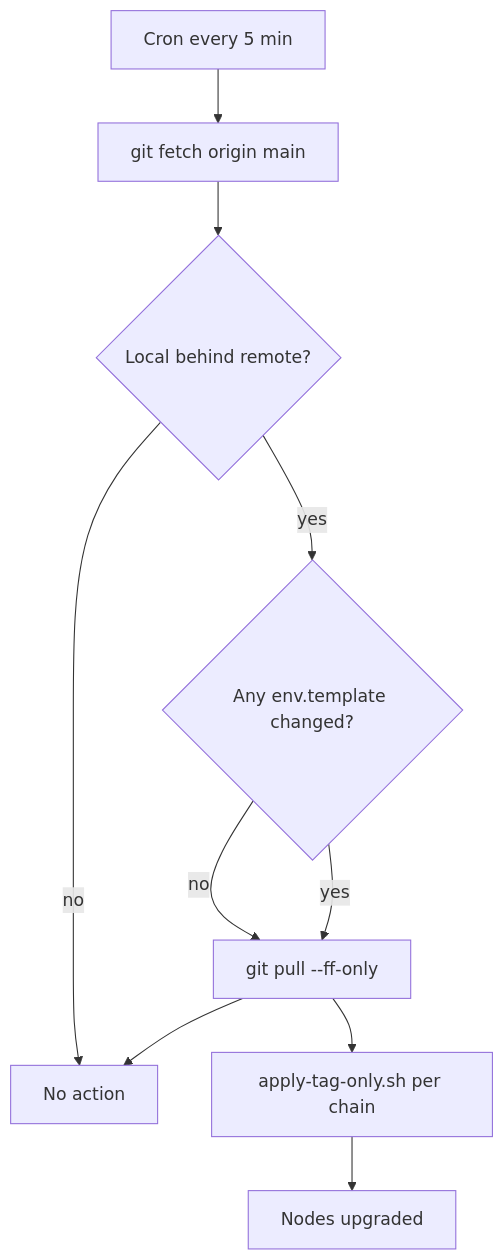
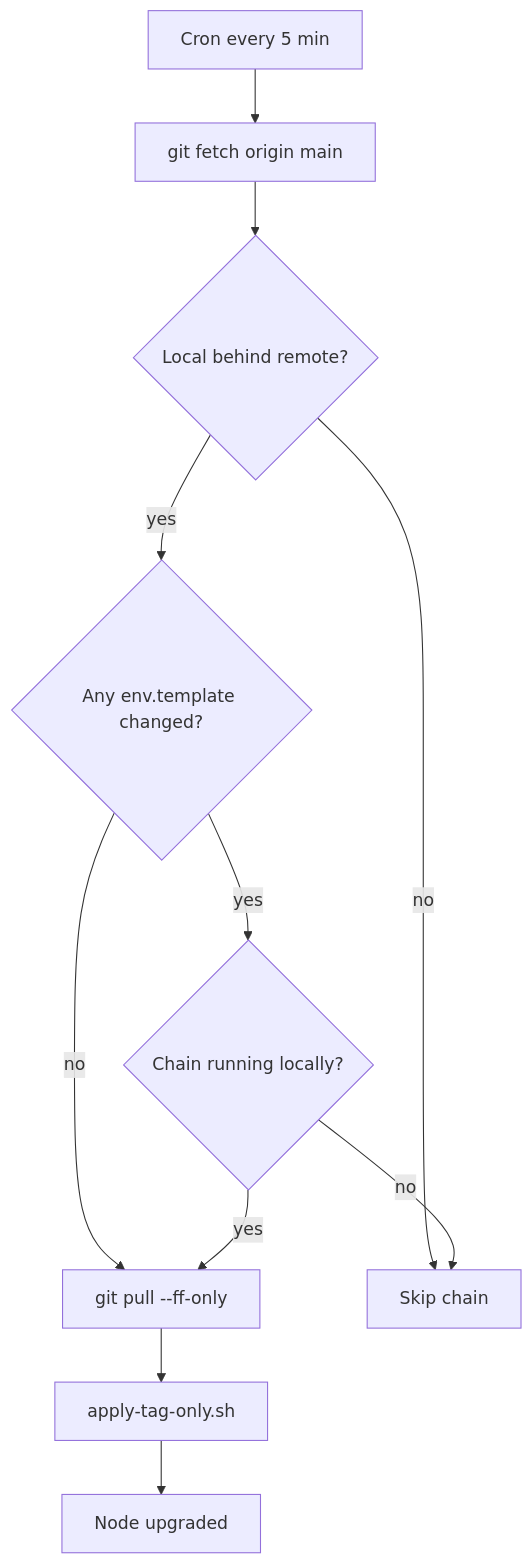
One commit to w3arise/blockchain-rpc-nodes changed the sixth of 6 diagrams in AUTO_UPGRADES.md. Above: the diagram before and after it, drawn with Mermaid. The commit also changed other lines of this file and 2 other files, not shown here.

````diff
--- a/AUTO_UPGRADES.md
+++ b/AUTO_UPGRADES.md
@@ -318,17 +320,20 @@
 ```mermaid
 flowchart TD
   cron[Cron every 5 min]
   fetch[git fetch origin main]
   behind{Local behind remote?}
   changed{Any env.template changed?}
+  running{Chain running locally?}
   pull[git pull --ff-only]
-  apply[apply-tag-only.sh per chain]
-  done[Nodes upgraded]
-  skip[No action]
+  apply[apply-tag-only.sh]
+  done[Node upgraded]
+  skip[Skip chain]
 
   cron --> fetch --> behind
   behind -->|no| skip
   behind -->|yes| changed
-  changed -->|no| pull --> skip
-  changed -->|yes| pull --> apply --> done
+  changed -->|no| pull
+  changed -->|yes| running
+  running -->|no| skip
+  running -->|yes| pull --> apply --> done
 ```
````
